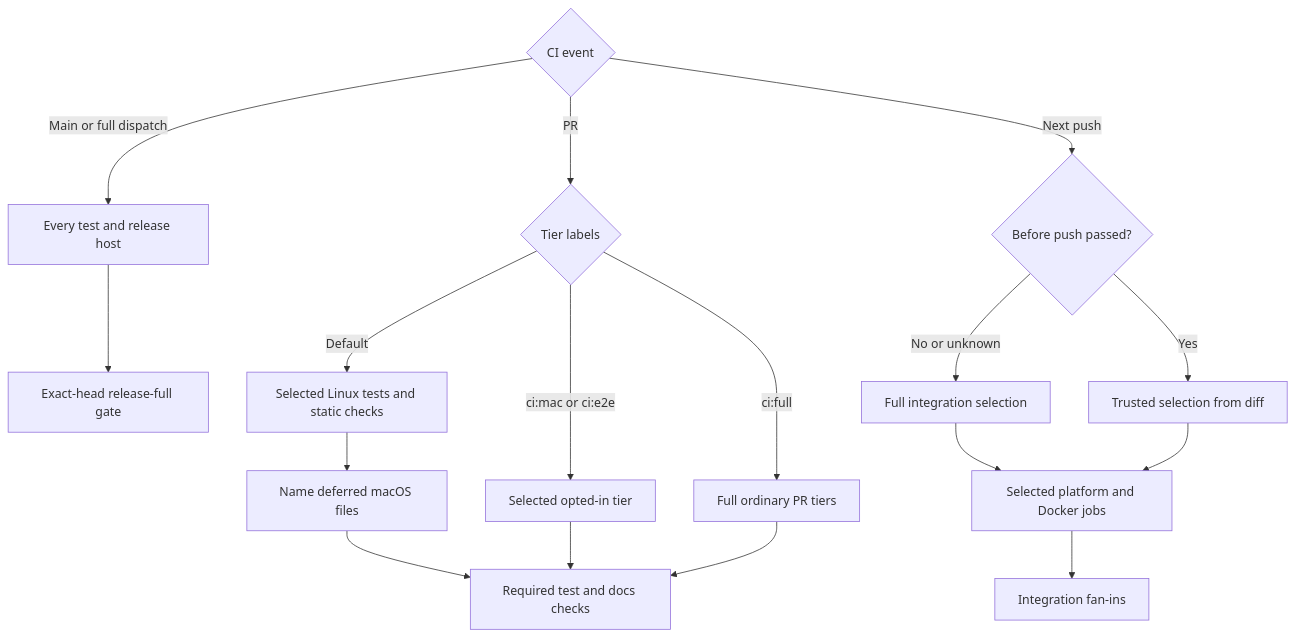
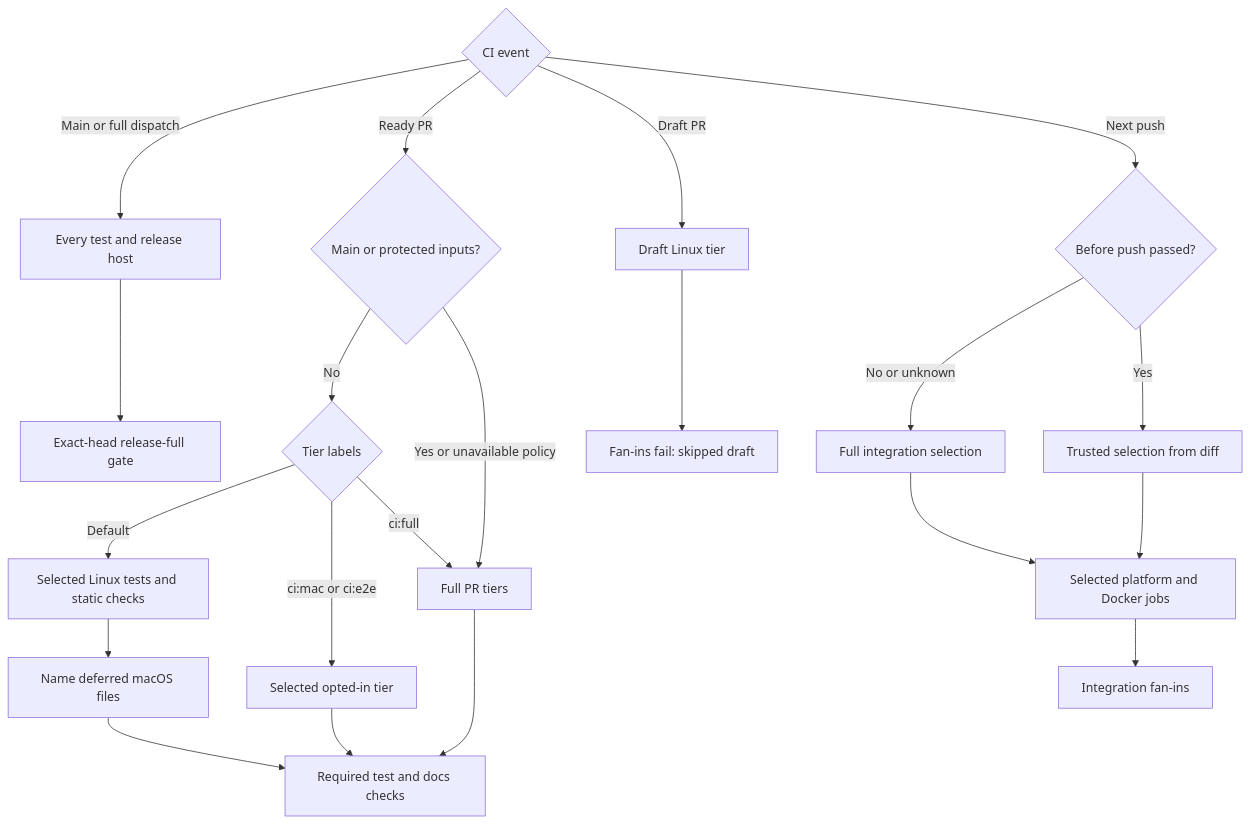
The diagram in docs/reference/ci-test-selection.mmd (hack-dance/hack), drawn with Mermaid before and after one commit. The commit also changed 12 other files, not shown here.

```diff
--- a/docs/reference/ci-test-selection.mmd
+++ b/docs/reference/ci-test-selection.mmd
@@ -1,21 +1,26 @@
 flowchart TD
   event{CI event}
   event -->|Main or full dispatch| full[Every test and release host]
   full --> release[Exact-head release-full gate]
-  event -->|PR| labels{Tier labels}
+  event -->|Ready PR| guard{Main or protected inputs?}
+  guard -->|No| labels{Tier labels}
+  guard -->|Yes or unavailable policy| allpr
+  event -->|Draft PR| draft[Draft Linux tier]
+  draft --> draftgate[Fan-ins fail: skipped draft]
   labels -->|Default| light[Selected Linux tests and static checks]
   light --> deferred[Name deferred macOS files]
   deferred --> prgate[Required test and docs checks]
   labels -->|ci:mac or ci:e2e| tier[Selected opted-in tier]
-  labels -->|ci:full| allpr[Full ordinary PR tiers]
+  labels -->|ci:full| allpr[Full PR tiers]
   tier --> prgate
   allpr --> prgate
   event -->|Next push| before{Before push passed?}
   before -->|No or unknown| all[Full integration selection]
   before -->|Yes| select[Trusted selection from diff]
   all --> integration[Selected platform and Docker jobs]
   select --> integration
   integration --> gate[Integration fan-ins]
   class light,tier,allpr,integration,full live
   class deferred wait
+  class draftgate fail
   class prgate,gate,release ok
```
